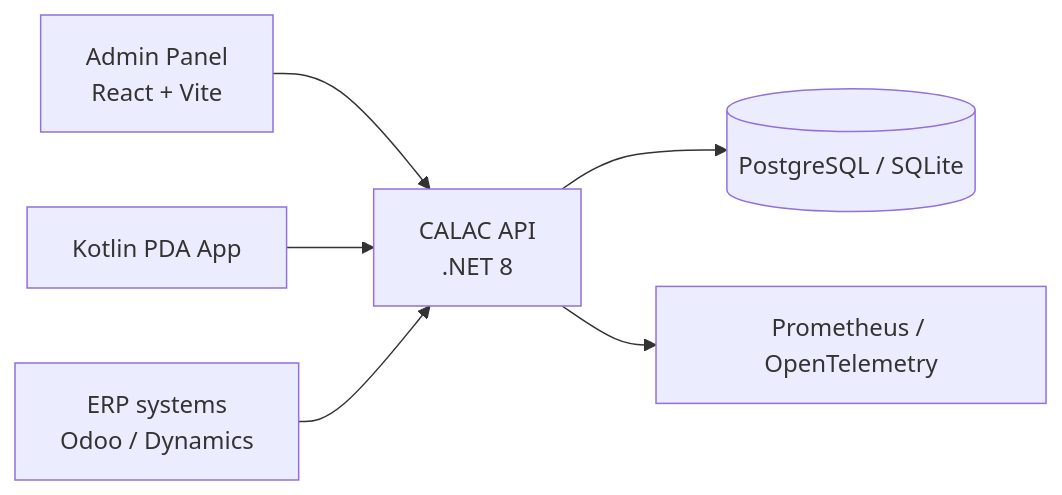
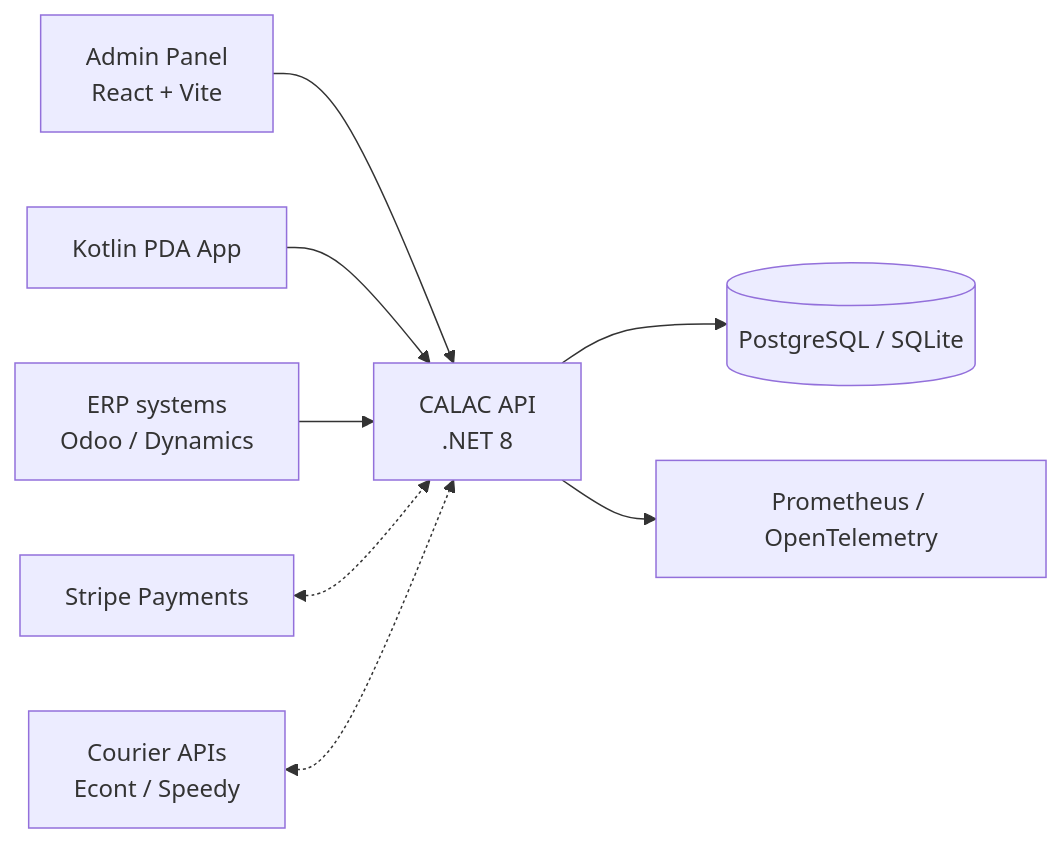
One commit to KallPetrov/Barcode changed the diagram in docs/architecture.md. Above: the diagram before and after it, drawn with Mermaid. The commit also changed 7 other files, not shown here.

First line of the commit message:
Expand roadmap to Milestone 5 and update architecture diagram

````diff
--- a/docs/architecture.md
+++ b/docs/architecture.md
@@ -3,8 +3,10 @@
 ```mermaid
 flowchart LR
     Admin[Admin Panel<br/>React + Vite] --> API[CALAC API<br/>.NET 8]
     PDA[Kotlin PDA App] --> API
     ERP[ERP systems<br/>Odoo / Dynamics] --> API
+    Stripe[Stripe Payments] <-.-> API
+    Couriers[Courier APIs<br/>Econt / Speedy] <-.-> API
     API --> DB[(PostgreSQL / SQLite)]
     API --> Metrics[Prometheus / OpenTelemetry]
 ```
````
